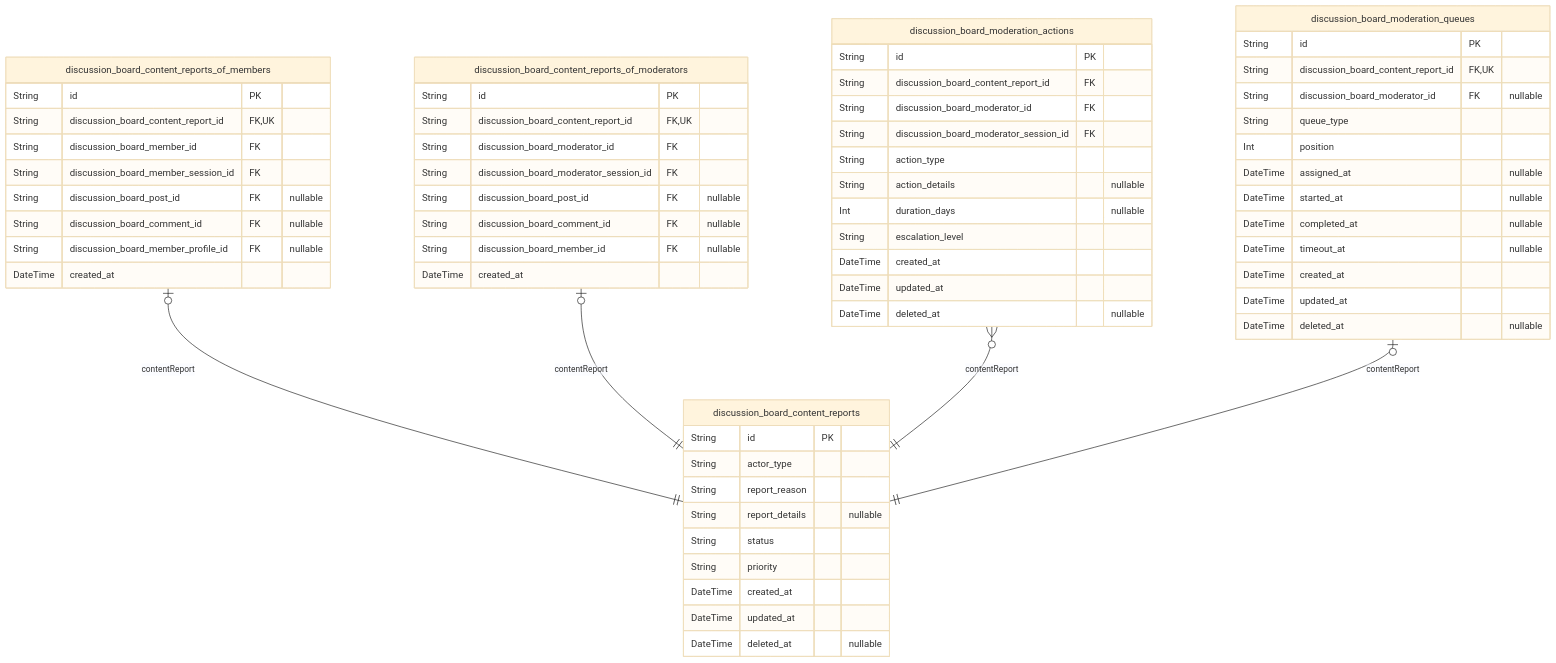
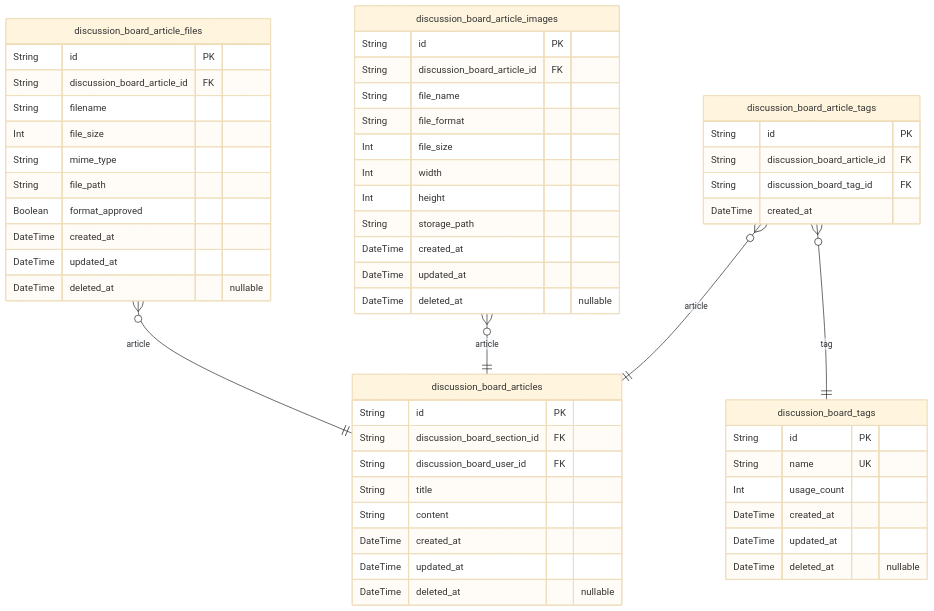
The fifth of 8 diagrams in deepseek/deepseek-v3.1-terminus-exacto/bbs/docs/ERD.md (wrtnlabs/autobe-examples), drawn with Mermaid (base theme) before and after one commit. The commit also changed other lines of this file and 9391 other files, not shown here.

````diff
--- a/deepseek/deepseek-v3.1-terminus-exacto/bbs/docs/ERD.md
+++ b/deepseek/deepseek-v3.1-terminus-exacto/bbs/docs/ERD.md
@@ -623,65 +1305,56 @@
 ```mermaid
 erDiagram
-"discussion_board_content_reports" {
+"discussion_board_articles" {
   String id PK
-  String actor_type
-  String report_reason
-  String report_details "nullable"
-  String status
-  String priority
+  String discussion_board_section_id FK
+  String discussion_board_user_id FK
+  String title
+  String content
   DateTime created_at
   DateTime updated_at
   DateTime deleted_at "nullable"
 }
-"discussion_board_content_reports_of_members" {
+"discussion_board_article_files" {
   String id PK
-  String discussion_board_content_report_id FK,UK
-  String discussion_board_member_id FK
-  String discussion_board_member_session_id FK
-  String discussion_board_post_id FK "nullable"
-  String discussion_board_comment_id FK "nullable"
-  String discussion_board_member_profile_id FK "nullable"
-  DateTime created_at
-}
-"discussion_board_content_reports_of_moderators" {
-  String id PK
-  String discussion_board_content_report_id FK,UK
-  String discussion_board_moderator_id FK
-  String discussion_board_moderator_session_id FK
-  String discussion_board_post_id FK "nullable"
-  String discussion_board_comment_id FK "nullable"
-  String discussion_board_member_id FK "nullable"
-  DateTime created_at
-}
-"discussion_board_moderation_actions" {
-  String id PK
-  String discussion_board_content_report_id FK
-  String discussion_board_moderator_id FK
-  String discussion_board_moderator_session_id FK
-  String action_type
-  String action_details "nullable"
-  Int duration_days "nullable"
-  String escalation_level
+  String discussion_board_article_id FK
+  String filename
+  Int file_size
+  String mime_type
+  String file_path
+  Boolean format_approved
   DateTime created_at
   DateTime updated_at
   DateTime deleted_at "nullable"
 }
-"discussion_board_moderation_queues" {
+"discussion_board_article_images" {
   String id PK
-  String discussion_board_content_report_id FK,UK
-  String discussion_board_moderator_id FK "nullable"
-  String queue_type
-  Int position
-  DateTime assigned_at "nullable"
-  DateTime started_at "nullable"
-  DateTime completed_at "nullable"
-  DateTime timeout_at "nullable"
+  String discussion_board_article_id FK
+  String file_name
+  String file_format
+  Int file_size
+  Int width
+  Int height
+  String storage_path
   DateTime created_at
   DateTime updated_at
   DateTime deleted_at "nullable"
 }
-"discussion_board_content_reports_of_members" |o--|| "discussion_board_content_reports" : contentReport
-"discussion_board_content_reports_of_moderators" |o--|| "discussion_board_content_reports" : contentReport
-"discussion_board_moderation_actions" }o--|| "discussion_board_content_reports" : contentReport
-"discussion_board_moderation_queues" |o--|| "discussion_board_content_reports" : contentReport
+"discussion_board_article_tags" {
+  String id PK
+  String discussion_board_article_id FK
+  String discussion_board_tag_id FK
+  DateTime created_at
+}
+"discussion_board_tags" {
+  String id PK
+  String name UK
+  Int usage_count
+  DateTime created_at
+  DateTime updated_at
+  DateTime deleted_at "nullable"
+}
+"discussion_board_article_files" }o--|| "discussion_board_articles" : article
+"discussion_board_article_images" }o--|| "discussion_board_articles" : article
+"discussion_board_article_tags" }o--|| "discussion_board_articles" : article
+"discussion_board_article_tags" }o--|| "discussion_board_tags" : tag
 ```
````
